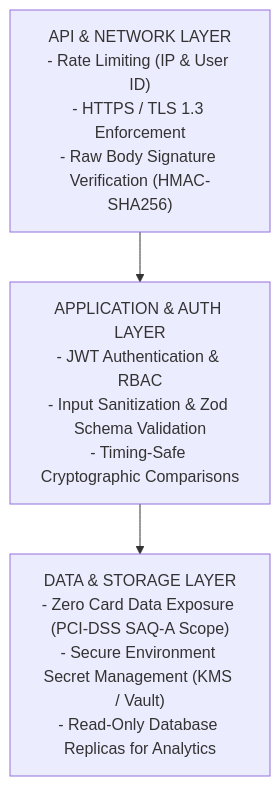
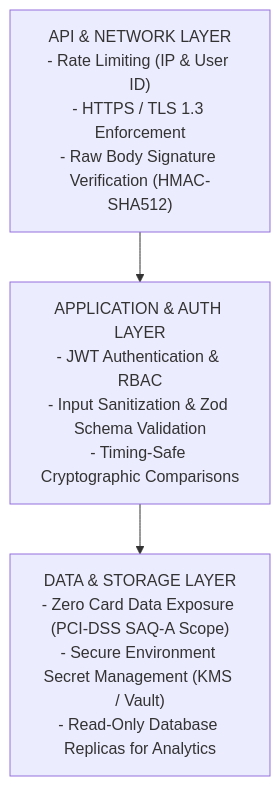
Before and after one commit to HodaNabeil/ithra-code: the diagram in docs/payment/10-security.md, drawn with Mermaid. The commit also changed other lines of this file and 118 other files, not shown here.

````diff
--- a/docs/payment/10-security.md
+++ b/docs/payment/10-security.md
@@ -15,5 +15,5 @@
 ```mermaid
 flowchart TD
-    api["API & NETWORK LAYER<br>- Rate Limiting (IP & User ID)<br>- HTTPS / TLS 1.3 Enforcement<br>- Raw Body Signature Verification (HMAC-SHA256)"] --> app["APPLICATION & AUTH LAYER<br>- JWT Authentication & RBAC<br>- Input Sanitization & Zod Schema Validation<br>- Timing-Safe Cryptographic Comparisons"]
+    api["API & NETWORK LAYER<br>- Rate Limiting (IP & User ID)<br>- HTTPS / TLS 1.3 Enforcement<br>- Raw Body Signature Verification (HMAC-SHA512)"] --> app["APPLICATION & AUTH LAYER<br>- JWT Authentication & RBAC<br>- Input Sanitization & Zod Schema Validation<br>- Timing-Safe Cryptographic Comparisons"]
     app --> data["DATA & STORAGE LAYER<br>- Zero Card Data Exposure (PCI-DSS SAQ-A Scope)<br>- Secure Environment Secret Management (KMS / Vault)<br>- Read-Only Database Replicas for Analytics"]
 ```
````
